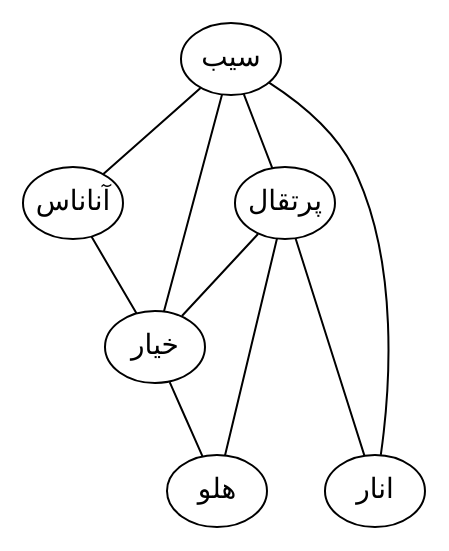
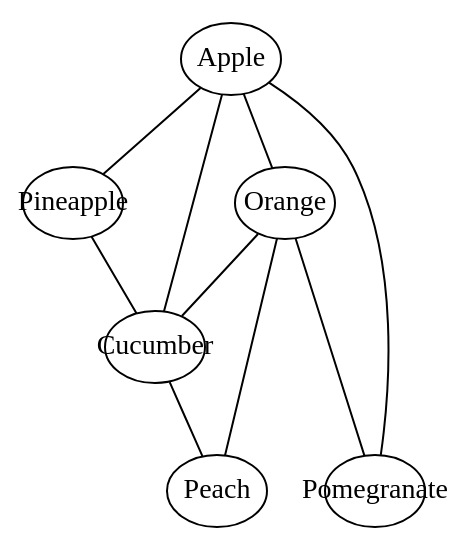
One commit to shaazzz/GTOI changed the diagram in dot/Apple_Pineapple.dot. Above: the diagram before and after it, drawn with Graphviz.

Commit message:
Translate Image's Lables

```diff
--- a/dot/Apple_Pineapple.dot
+++ b/dot/Apple_Pineapple.dot
@@ -1,23 +1,23 @@
 graph G {
     node [fixedsize=true, shape=oval, width=0.7];
 
-    A [label=سیب]
-    B [label=آناناس]
-    C [label=خیار]
-    D [label=پرتقال]
-    E [label=انار]
-    F [label=هلو]
+    A [label=Apple]
+    B [label=Pineapple]
+    C [label=Cucumber]
+    D [label=Orange]
+    E [label=Pomegranate]
+    F [label=Peach]
 
     A -- B;
     B -- C;
     A -- C;
     C -- D;
     A -- D;
     A -- E;
     D -- E;
     D -- F;
     C -- F;
 
     {rank=same; D, B}
     {rank=same; F, E}
 }
```
